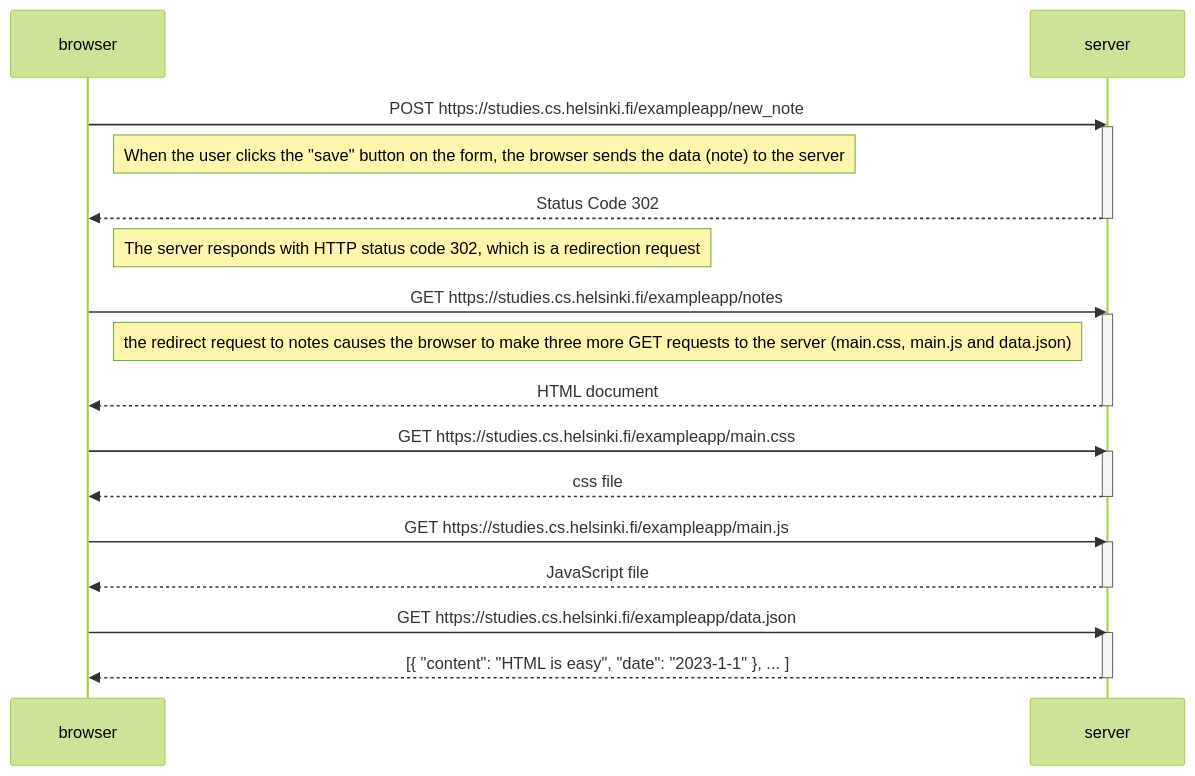
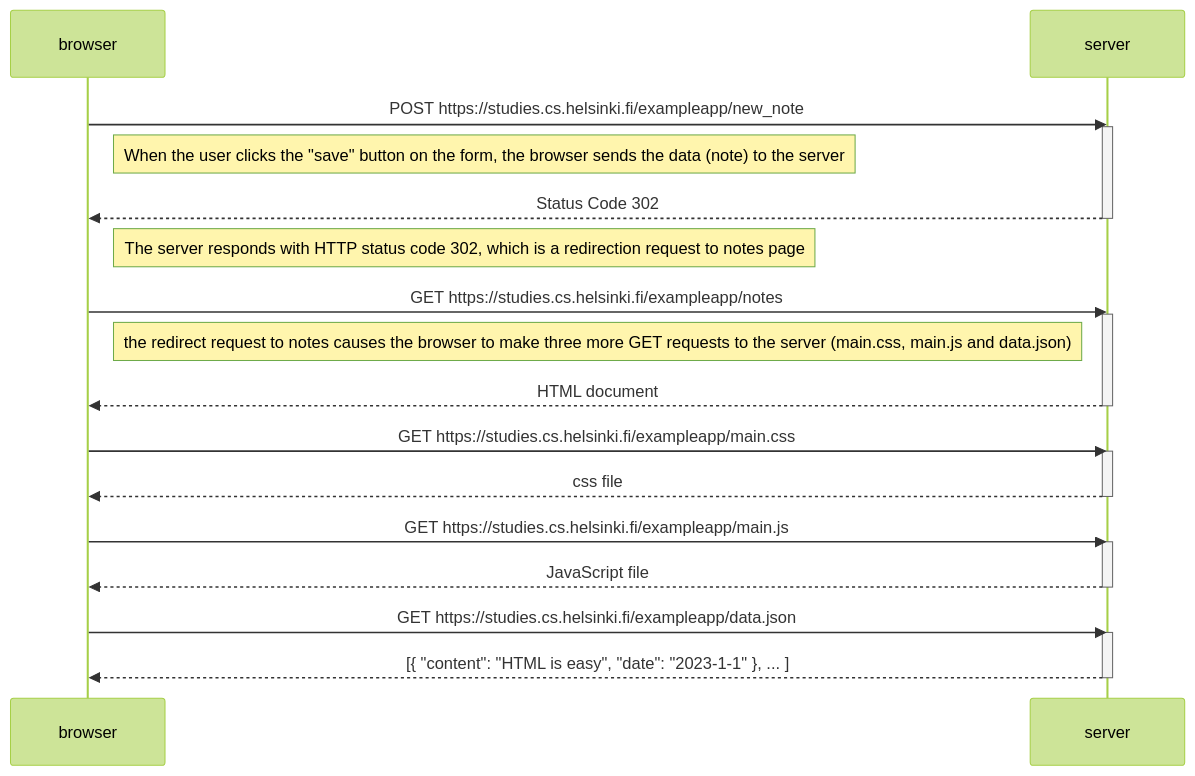
One commit to kirsikkahiltunen/Fullstack_palautusrepositorio changed the diagram in osa0/0.4_uusi_muistiinpano.md. Above: the diagram before and after it, drawn with Mermaid (forest theme).

Commit message:
Muokattu ensimmäistä kommenttia

````diff
--- a/osa0/0.4_uusi_muistiinpano.md
+++ b/osa0/0.4_uusi_muistiinpano.md
@@ -1,39 +1,39 @@
 ```mermaid
 sequenceDiagram
 
     participant browser
     participant server
 
     browser->>server: POST https://studies.cs.helsinki.fi/exampleapp/new_note
     activate server
 
     Note right of browser: When the user clicks the "save" button on the form, the browser sends the data (note) to the server
 
     server-->>browser: Status Code 302
     deactivate server
 
-    Note right of browser: The server responds with HTTP status code 302, which is a redirection request
+    Note right of browser: The server responds with HTTP status code 302, which is a redirection request to notes page
     
     browser->>server: GET https://studies.cs.helsinki.fi/exampleapp/notes
     activate server
 
     Note right of browser: the redirect request to notes causes the browser to make three more GET requests to the server (main.css, main.js and data.json)
 
     server-->>browser: HTML document
     deactivate server
     
     browser->>server: GET https://studies.cs.helsinki.fi/exampleapp/main.css
     activate server
     server-->>browser: css file
     deactivate server
     
     browser->>server: GET https://studies.cs.helsinki.fi/exampleapp/main.js
     activate server
     server-->>browser: JavaScript file
     deactivate server
     
     browser->>server: GET https://studies.cs.helsinki.fi/exampleapp/data.json
     activate server
     server-->>browser: [{ "content": "HTML is easy", "date": "2023-1-1" }, ... ]
     deactivate server
 ```
````
